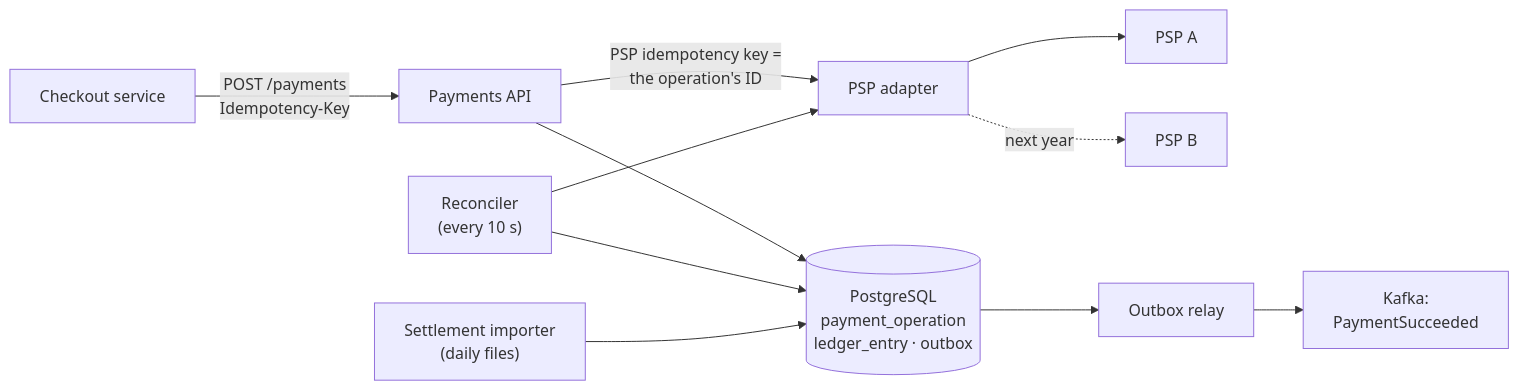
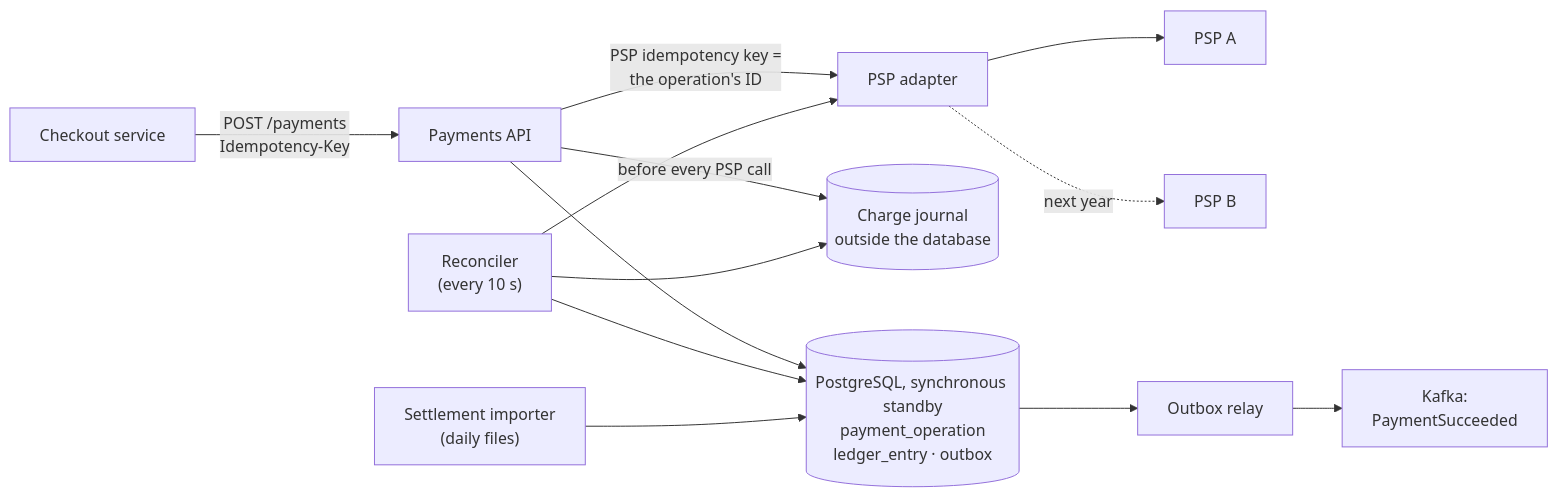
Before and after one commit to SaiRohitSingampalli/java: the first of 2 diagrams in 36-case-study-payments.md, drawn with Mermaid. The commit also changed other lines of this file and 17 other files, not shown here.

````diff
--- a/36-case-study-payments.md
+++ b/36-case-study-payments.md
@@ -57,12 +58,14 @@
 ```mermaid
 flowchart LR
     CO["Checkout service"] -->|"POST /payments<br/>Idempotency-Key"| API["Payments API"]
-    API --> DB[("PostgreSQL<br/>payment_operation<br/>ledger_entry · outbox")]
+    API --> DB[("PostgreSQL, synchronous standby<br/>payment_operation<br/>ledger_entry · outbox")]
+    API -->|"before every PSP call"| J[("Charge journal<br/>outside the database")]
     API -->|"PSP idempotency key =<br/>the operation's ID"| ADP["PSP adapter"]
     ADP --> PSPA["PSP A"]
     ADP -.->|"next year"| PSPB["PSP B"]
     REC["Reconciler<br/>(every 10 s)"] --> DB
+    REC --> J
     REC --> ADP
     SET["Settlement importer<br/>(daily files)"] --> DB
     DB --> RELAY["Outbox relay"] --> K["Kafka:<br/>PaymentSucceeded"]
 ```
````
